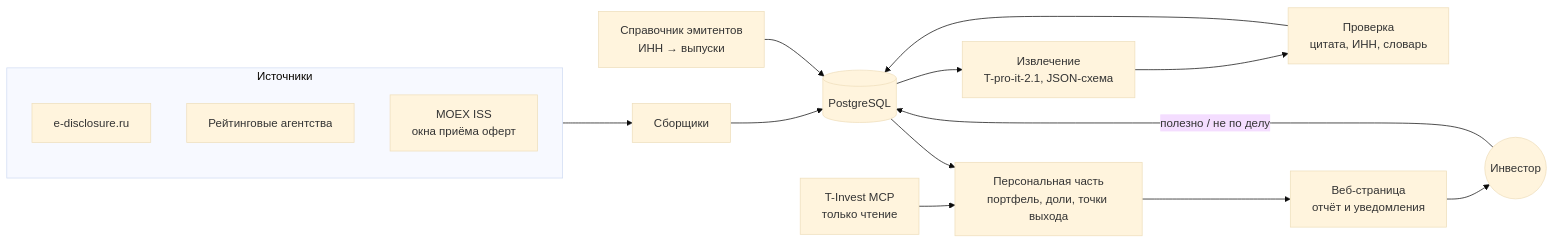
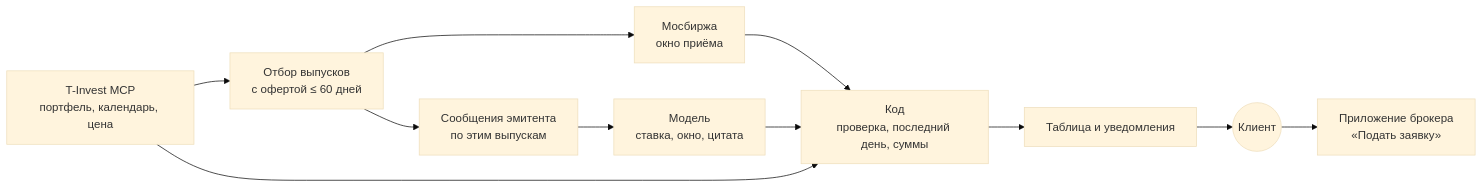
One commit to mawarzd/portfolio-event-radar changed the diagram in README.md. Above: the diagram before and after it, drawn with Mermaid (base theme). The commit also changed other lines of this file, not shown here.

Commit message:
README: продукт перед пут-офертой — ставка и окно из сообщения эмитента, последний день, две суммы

````diff
--- a/README.md
+++ b/README.md
@@ -63,25 +65,18 @@
 ```mermaid
 flowchart LR
-    subgraph SRC["Источники"]
-        DISC["e-disclosure.ru"]
-        RA["Рейтинговые агентства"]
-        ISS["MOEX ISS<br/>окна приёма оферт"]
-    end
+    MCP["T-Invest MCP<br/>портфель, календарь, цена"]
+    SEL["Отбор выпусков<br/>с офертой ≤ 60 дней"]
+    ISS["Мосбиржа<br/>окно приёма"]
+    DISC["Сообщения эмитента<br/>по этим выпускам"]
+    LLM["Модель<br/>ставка, окно, цитата"]
+    CODE["Код<br/>проверка, последний день, суммы"]
+    UI["Таблица и уведомления"]
+    USER(("Клиент"))
+    APP["Приложение брокера<br/>«Подать заявку»"]
 
-    COL["Сборщики"]
-    DIR["Справочник эмитентов<br/>ИНН → выпуски"]
-    EXT["Извлечение<br/>T-pro-it-2.1, JSON-схема"]
-    VER["Проверка<br/>цитата, ИНН, словарь"]
-    DB[("PostgreSQL")]
-    PERS["Персональная часть<br/>портфель, доли, точки выхода"]
-    MCP["T-Invest MCP<br/>только чтение"]
-    UI["Веб-страница<br/>отчёт и уведомления"]
-    USER(("Инвестор"))
-
-    SRC --> COL --> DB
-    DB --> EXT --> VER --> DB
-    DIR --> DB
-    MCP --> PERS
-    DB --> PERS --> UI --> USER
-    USER -->|"полезно / не по делу"| DB
+    MCP --> SEL
+    SEL --> ISS --> CODE
+    SEL --> DISC --> LLM --> CODE
+    MCP --> CODE
+    CODE --> UI --> USER --> APP
 ```
````
